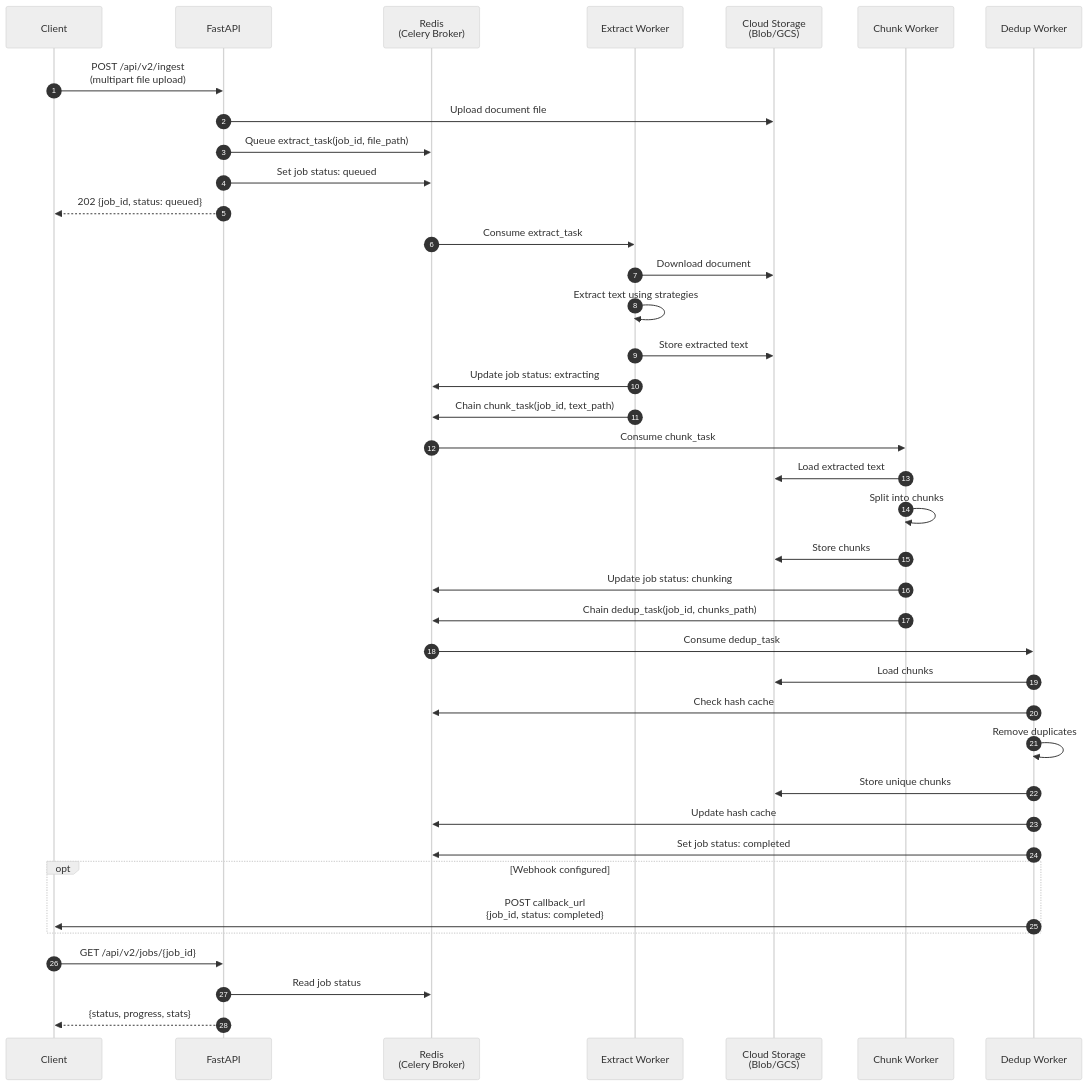
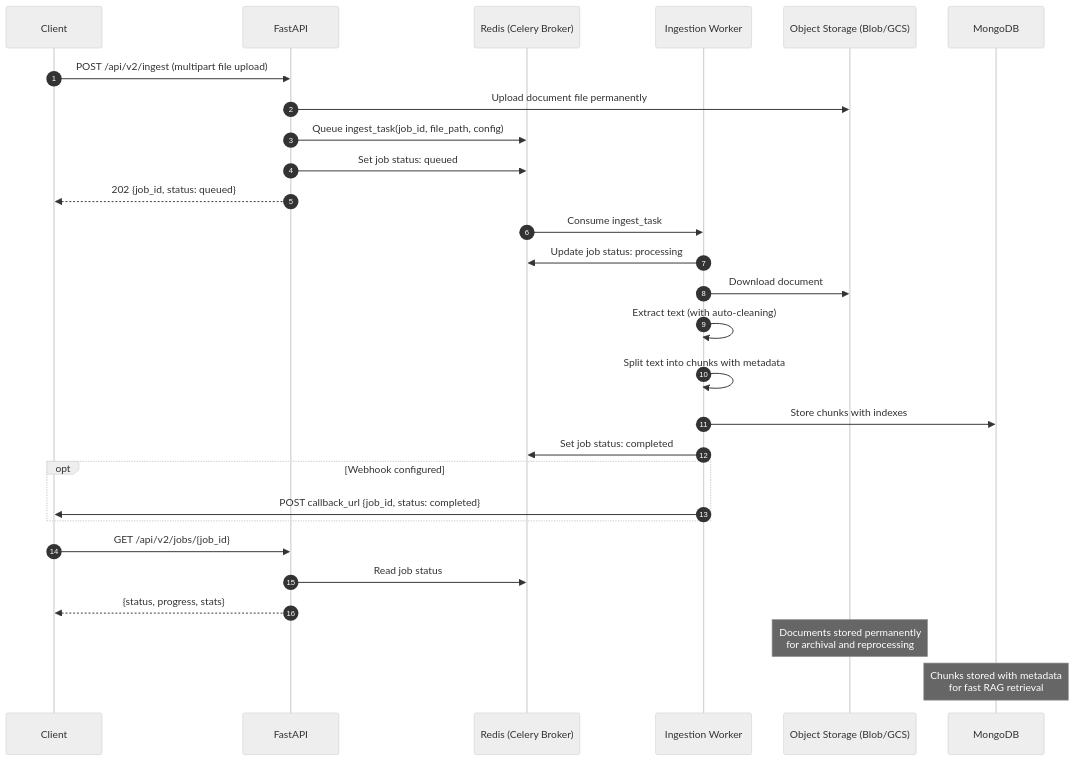
One commit to hmunjuluri05/rag-ingestion-api changed the second of 2 diagrams in docs/DESIGN.md. Above: the diagram before and after it, drawn with Mermaid (neutral theme). The commit also changed other lines of this file and 14 other files, not shown here.

````diff
--- a/docs/DESIGN.md
+++ b/docs/DESIGN.md
@@ -300,47 +161,35 @@
 ```mermaid
 sequenceDiagram
     autonumber
     participant Client
     participant API as FastAPI
-    participant Redis as Redis<br/>(Celery Broker)
-    participant Extract as Extract Worker
-    participant Storage as Cloud Storage<br/>(Blob/GCS)
-    participant Chunk as Chunk Worker
-    participant Dedup as Dedup Worker
+    participant Redis as Redis (Celery Broker)
+    participant Worker as Ingestion Worker
+    participant BlobStorage as Object Storage (Blob/GCS)
+    participant MongoDB as MongoDB
 
-    Client->>API: POST /api/v2/ingest<br/>(multipart file upload)
-    API->>Storage: Upload document file
-    API->>Redis: Queue extract_task(job_id, file_path)
+    Client->>API: POST /api/v2/ingest (multipart file upload)
+    API->>BlobStorage: Upload document file permanently
+    API->>Redis: Queue ingest_task(job_id, file_path, config)
     API->>Redis: Set job status: queued
     API-->>Client: 202 {job_id, status: queued}
 
-    Redis->>Extract: Consume extract_task
-    Extract->>Storage: Download document
-    Extract->>Extract: Extract text using strategies
-    Extract->>Storage: Store extracted text
-    Extract->>Redis: Update job status: extracting
-    Extract->>Redis: Chain chunk_task(job_id, text_path)
-
-    Redis->>Chunk: Consume chunk_task
-    Chunk->>Storage: Load extracted text
-    Chunk->>Chunk: Split into chunks
-    Chunk->>Storage: Store chunks
-    Chunk->>Redis: Update job status: chunking
-    Chunk->>Redis: Chain dedup_task(job_id, chunks_path)
-
-    Redis->>Dedup: Consume dedup_task
-    Dedup->>Storage: Load chunks
-    Dedup->>Redis: Check hash cache
-    Dedup->>Dedup: Remove duplicates
-    Dedup->>Storage: Store unique chunks
-    Dedup->>Redis: Update hash cache
-    Dedup->>Redis: Set job status: completed
+    Redis->>Worker: Consume ingest_task
+    Worker->>Redis: Update job status: processing
+    Worker->>BlobStorage: Download document
+    Worker->>Worker: Extract text (with auto-cleaning)
+    Worker->>Worker: Split text into chunks with metadata
+    Worker->>MongoDB: Store chunks with indexes
+    Worker->>Redis: Set job status: completed
 
     opt Webhook configured
-        Dedup->>Client: POST callback_url<br/>{job_id, status: completed}
+        Worker->>Client: POST callback_url {job_id, status: completed}
     end
 
     Client->>API: GET /api/v2/jobs/{job_id}
     API->>Redis: Read job status
     API-->>Client: {status, progress, stats}
+
+    Note over BlobStorage: Documents stored permanently<br/>for archival and reprocessing
+    Note over MongoDB: Chunks stored with metadata<br/>for fast RAG retrieval
 ```
````
